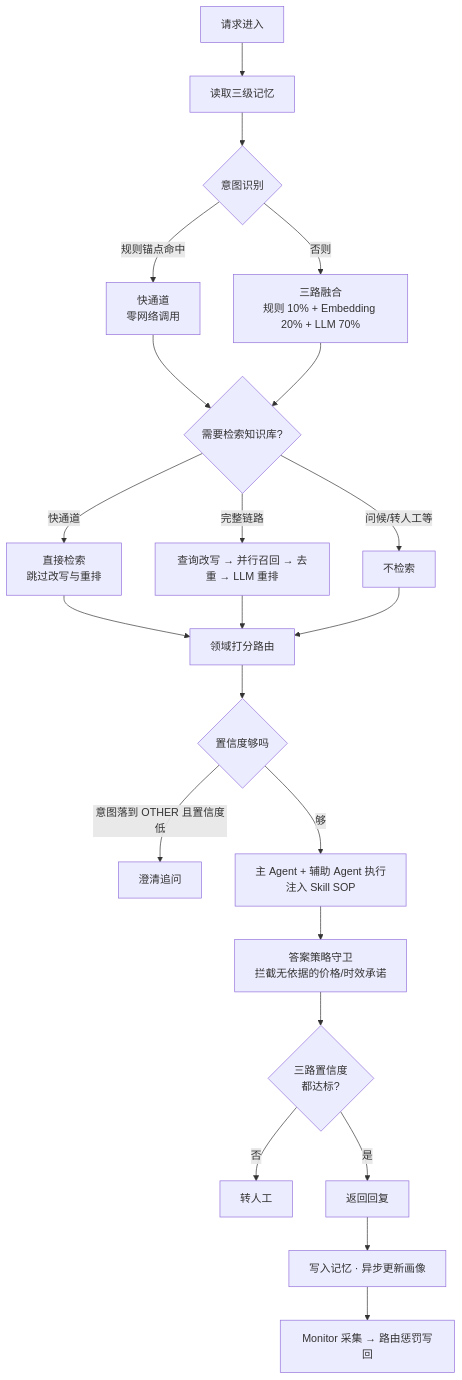
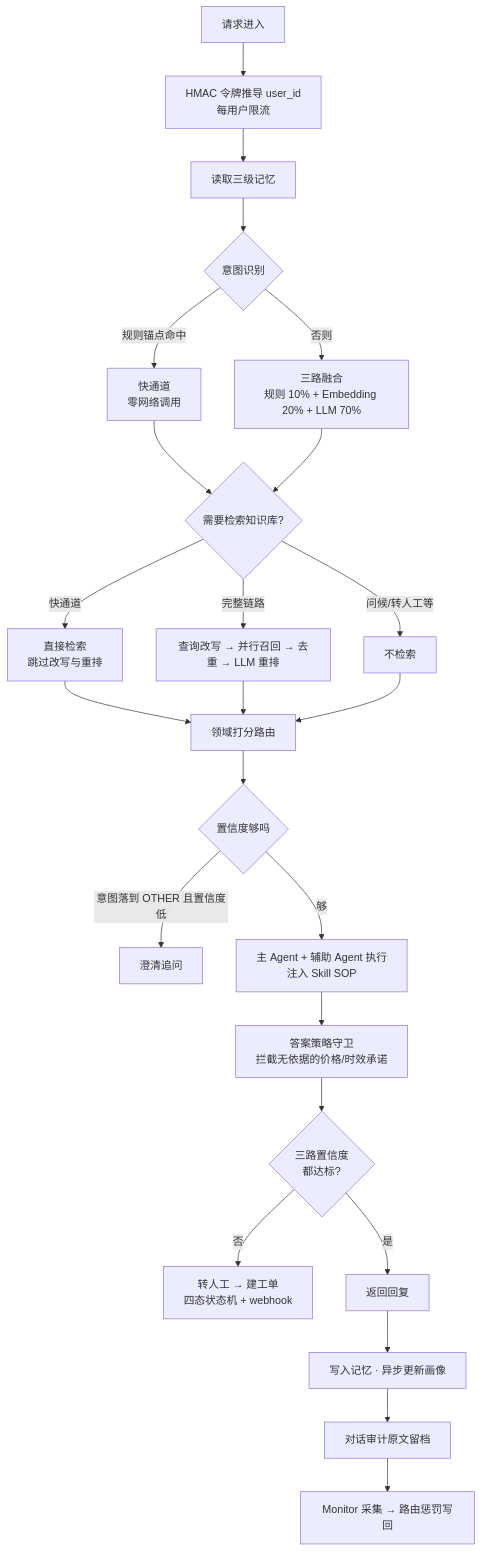
The second of 6 diagrams in backend/wiki/架构图.md (heyemlee/ai-helpdesk), drawn with Mermaid before and after one commit. The commit also changed other lines of this file and 9 other files, not shown here.

First line of the commit message:
docs: refresh README and architecture diagrams after hardening

````diff
--- a/backend/wiki/架构图.md
+++ b/backend/wiki/架构图.md
@@ -28,24 +33,26 @@
 ```mermaid
 flowchart TD
-    A[请求进入] --> B[读取三级记忆]
+    A[请求进入] --> A2[HMAC 令牌推导 user_id<br/>每用户限流]
+    A2 --> B[读取三级记忆]
     B --> C{意图识别}
     C -->|规则锚点命中| D[快通道<br/>零网络调用]
     C -->|否则| E[三路融合<br/>规则 10% + Embedding 20% + LLM 70%]
     D --> F{需要检索知识库?}
     E --> F
     F -->|快通道| G[直接检索<br/>跳过改写与重排]
     F -->|完整链路| H[查询改写 → 并行召回 → 去重 → LLM 重排]
     F -->|问候/转人工等| I[不检索]
     G --> J[领域打分路由]
     H --> J
     I --> J
     J --> K{置信度够吗}
     K -->|意图落到 OTHER 且置信度低| L[澄清追问]
     K -->|够| M[主 Agent + 辅助 Agent 执行<br/>注入 Skill SOP]
     M --> N[答案策略守卫<br/>拦截无依据的价格/时效承诺]
     N --> O{三路置信度<br/>都达标?}
-    O -->|否| P[转人工]
+    O -->|否| P[转人工 → 建工单<br/>四态状态机 + webhook]
     O -->|是| Q[返回回复]
     Q --> S[写入记忆 · 异步更新画像]
-    S --> T[Monitor 采集 → 路由惩罚写回]
+    S --> S2[对话审计原文留档]
+    S2 --> T[Monitor 采集 → 路由惩罚写回]
 ```
````
